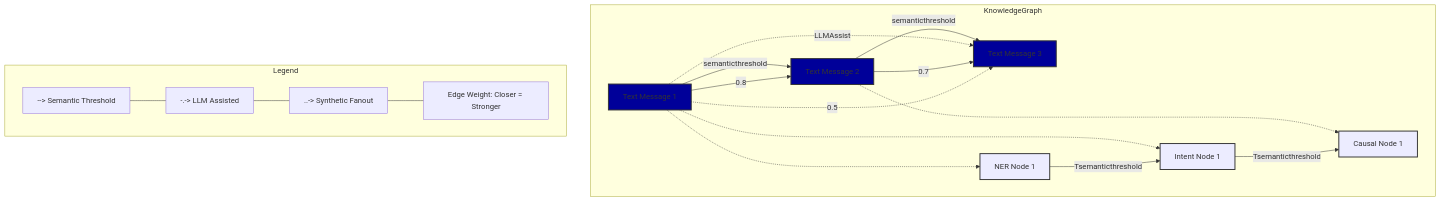
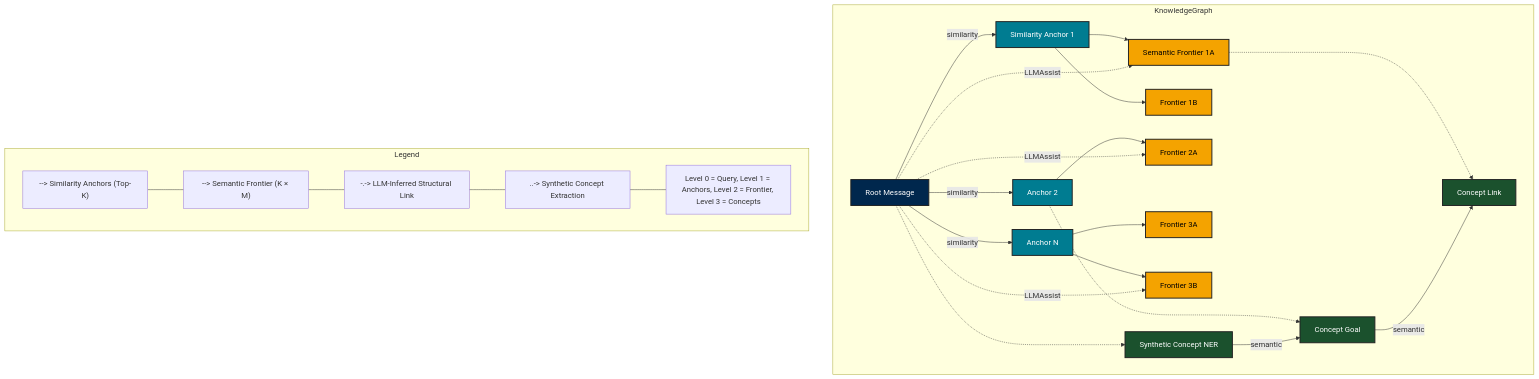
The third of 3 diagrams in README.md (farazshaikh/psagents), drawn with Mermaid before and after one commit. The commit also changed other lines of this file and 3 other files, not shown here.

````diff
--- a/README.md
+++ b/README.md
@@ -70,53 +87,75 @@
 ```mermaid
 graph TD
    subgraph KnowledgeGraph
-    %% Main text message nodes
-    TM1[Text Message 1]
-    TM2[Text Message 2]
-    TM3[Text Message 3]
+    %% Level 0: Root message
+    ROOT[Root Message]
 
-    %% Synthetic nodes (NER, Intent, etc.)
-    NER1[NER Node 1]
-    INT1[Intent Node 1]
-    CAU1[Causal Node 1]
+    %% Level 1: Similarity Anchors (Top-K)
+    SA1[Similarity Anchor 1]
+    SA2[Anchor 2]
+    SA3[Anchor N]
 
-    %% Semantic threshold connections (solid lines)
-    TM1 -->|semanticthreshold| TM2
-    TM2 -->|semanticthreshold| TM3
+    %% Level 2: Semantic Frontier (M-neighbors of Anchors)
+    SF1A[Semantic Frontier 1A]
+    SF1B[Frontier 1B]
+    SF2A[Frontier 2A]
+    SF3A[Frontier 3A]
+    SF3B[Frontier 3B]
 
-    %% LLM assisted distant connections (dashed lines)
-    TM1 -.->|LLMAssist| TM3
+    %% Level 3: Synthetic Concept Nodes (NER, Concepts)
+    SY1[Synthetic Concept NER]
+    SY2[Concept Goal]
+    SY3[Concept Link]
 
-    %% Synthetic fanout connections (dotted lines)
-    TM1 ..-> NER1
-    TM1 ..-> INT1
-    TM2 ..-> CAU1
+    %% Connections from Root to Anchors (Similarity)
+    ROOT -->|similarity| SA1
+    ROOT -->|similarity| SA2
+    ROOT -->|similarity| SA3
 
-    %% Closing loop connections (solid lines with different style)
-    NER1 -->|Tsemanticthreshold| INT1
-    INT1 -->|Tsemanticthreshold| CAU1
+    %% Anchor to Frontier Expansion (semantic)
+    SA1 --> SF1A
+    SA1 --> SF1B
+    SA2 --> SF2A
+    SA3 --> SF3A
+    SA3 --> SF3B
 
-    %% Edge weights based on distance (shown as numbers)
-    TM1 -->|0.8| TM2
-    TM2 -->|0.7| TM3
-    TM1 -.->|0.5| TM3
+    %% LLM-based semantic relationship edges from root to frontier
+    ROOT -.->|LLMAssist| SF1A
+    ROOT -.->|LLMAssist| SF2A
+    ROOT -.->|LLMAssist| SF3B
+
+    %% Synthetic concept fan-out from text nodes
+    ROOT ..-> SY1
+    SA2 ..-> SY2
+    SF1A ..-> SY3
+
+    %% Cross-links between synthetic nodes
+    SY1 -->|semantic| SY2
+    SY2 -->|semantic| SY3
+
    end
 
    %% Legend
    subgraph Legend
-      L1["--> Semantic Threshold"]
-      L2["-.-> LLM Assisted"]
-      L3["..-> Synthetic Fanout"]
-      L4["Edge Weight: Closer = Stronger"]
+      L1["--> Similarity Anchors (Top-K)"]
+      L2["--> Semantic Frontier (K × M)"]
+      L3["-.-> LLM-Inferred Structural Link"]
+      L4["..-> Synthetic Concept Extraction"]
+      L5["Level 0 = Query, Level 1 = Anchors, Level 2 = Frontier, Level 3 = Concepts"]
       L1 --- L2
       L2 --- L3
       L3 --- L4
+      L4 --- L5
    end
 
-    %% Styling
-    classDef textNode fill:#009,stroke:#333,stroke-width:2px
-    classDef syntheticNode fill:#55,stroke:#333,stroke-width:2px
+    %% Styling with accessibility-friendly colors
+    classDef rootNode fill:#00274D,stroke:#222,stroke-width:2px,color:#FFFFFF
+    classDef anchorNode fill:#007C91,stroke:#222,stroke-width:2px,color:#FFFFFF
+    classDef frontierNode fill:#F4A300,stroke:#222,stroke-width:2px,color:#000000
+    classDef syntheticNode fill:#1B512D,stroke:#222,stroke-width:2px,color:#FFFFFF
 
-    class TM1,TM2,TM3 textNode
-    class NER1,INT1,CAU1 syntheticNode
+    class ROOT rootNode
+    class SA1,SA2,SA3 anchorNode
+    class SF1A,SF1B,SF2A,SF3A,SF3B frontierNode
+    class SY1,SY2,SY3 syntheticNode
 ```
````
